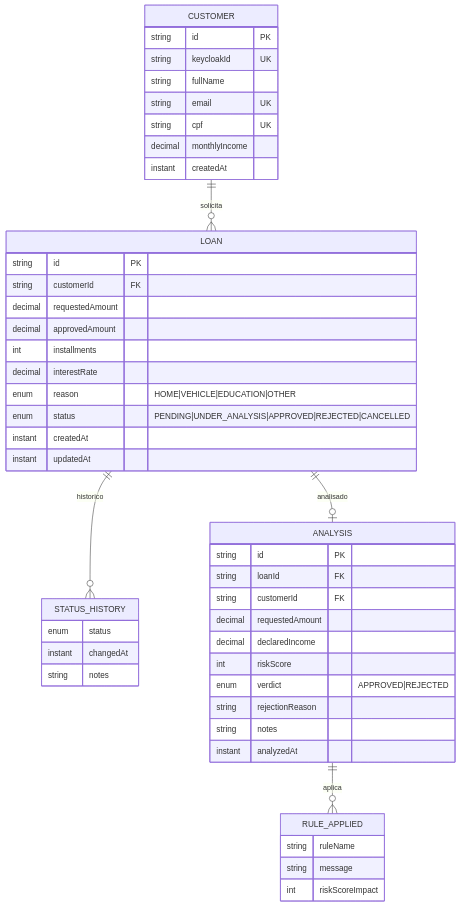
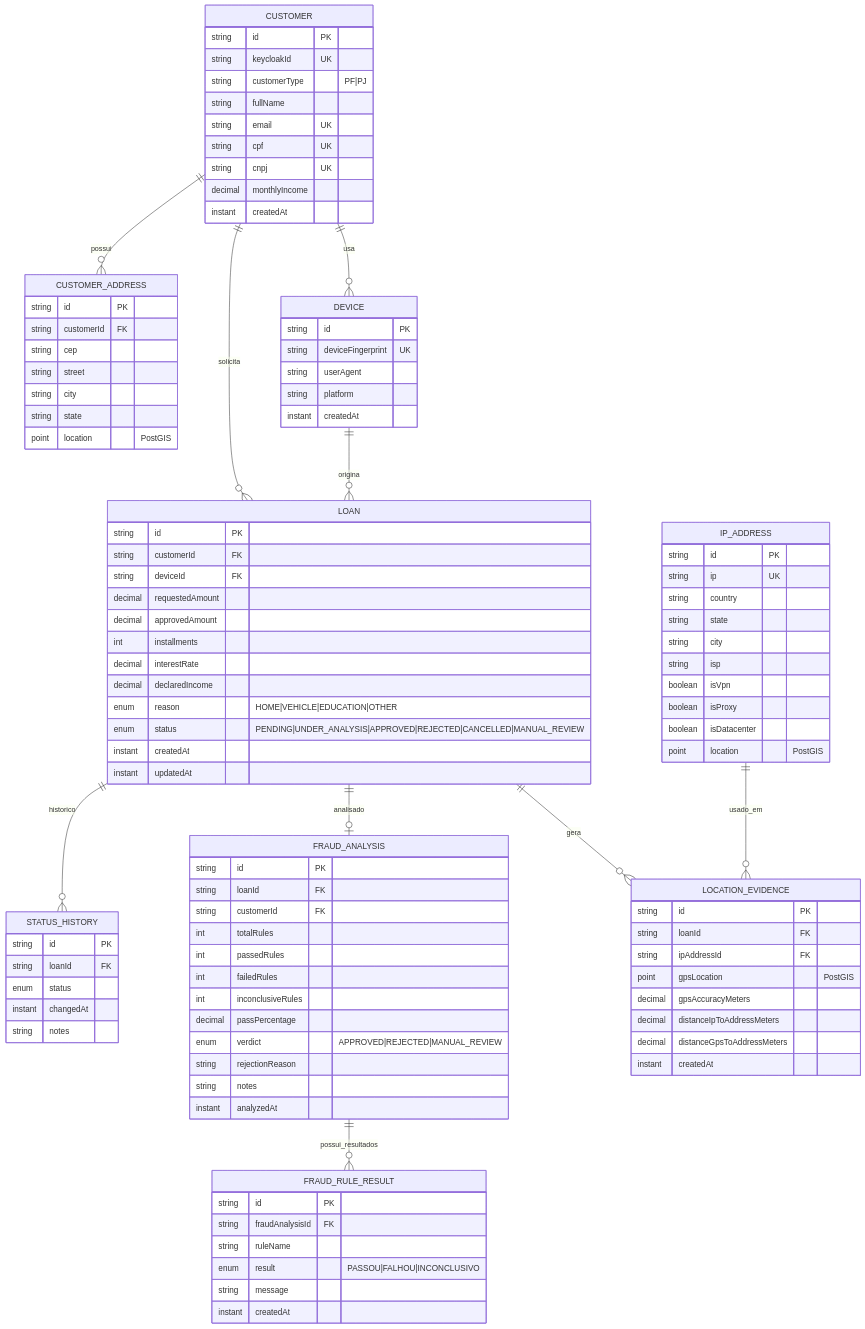
The diagram in README.md (marcelopinotti/petrifica), drawn with Mermaid before and after one commit. The commit also changed other lines of this file and 62 other files, not shown here.

````diff
--- a/README.md
+++ b/README.md
@@ -52,55 +52,116 @@
 ```mermaid
 erDiagram
+    CUSTOMER ||--o{ CUSTOMER_ADDRESS : "possui"
     CUSTOMER ||--o{ LOAN : "solicita"
+    CUSTOMER ||--o{ DEVICE : "usa"
+
+    DEVICE ||--o{ LOAN : "origina"
     LOAN ||--o{ STATUS_HISTORY : "historico"
-    LOAN ||--o| ANALYSIS : "analisado"
-    ANALYSIS ||--o{ RULE_APPLIED : "aplica"
+    LOAN ||--o| FRAUD_ANALYSIS : "analisado"
+    LOAN ||--o{ LOCATION_EVIDENCE : "gera"
+
+    IP_ADDRESS ||--o{ LOCATION_EVIDENCE : "usado_em"
+
+    FRAUD_ANALYSIS ||--o{ FRAUD_RULE_RESULT : "possui_resultados"
 
     CUSTOMER {
         string id PK
         string keycloakId UK
+        string customerType "PF|PJ"
         string fullName
         string email UK
         string cpf UK
+        string cnpj UK
         decimal monthlyIncome
         instant createdAt
+    }
+
+    CUSTOMER_ADDRESS {
+        string id PK
+        string customerId FK
+        string cep
+        string street
+        string city
+        string state
+        point location "PostGIS"
+    }
+
+    DEVICE {
+        string id PK
+        string deviceFingerprint UK
+        string userAgent
+        string platform
+        instant createdAt
+    }
+
+    IP_ADDRESS {
+        string id PK
+        string ip UK
+        string country
+        string state
+        string city
+        string isp
+        boolean isVpn
+        boolean isProxy
+        boolean isDatacenter
+        point location "PostGIS"
     }
 
     LOAN {
         string id PK
         string customerId FK
+        string deviceId FK
         decimal requestedAmount
         decimal approvedAmount
         int installments
         decimal interestRate
+        decimal declaredIncome
         enum reason "HOME|VEHICLE|EDUCATION|OTHER"
-        enum status "PENDING|UNDER_ANALYSIS|APPROVED|REJECTED|CANCELLED"
+        enum status "PENDING|UNDER_ANALYSIS|APPROVED|REJECTED|CANCELLED|MANUAL_REVIEW"
         instant createdAt
         instant updatedAt
     }
 
     STATUS_HISTORY {
+        string id PK
+        string loanId FK
         enum status
         instant changedAt
         string notes
     }
 
-    ANALYSIS {
+    FRAUD_ANALYSIS {
         string id PK
         string loanId FK
         string customerId FK
-        decimal requestedAmount
-        decimal declaredIncome
-        int riskScore
-        enum verdict "APPROVED|REJECTED"
+        int totalRules
+        int passedRules
+        int failedRules
+        int inconclusiveRules
+        decimal passPercentage
+        enum verdict "APPROVED|REJECTED|MANUAL_REVIEW"
         string rejectionReason
         string notes
         instant analyzedAt
     }
 
-    RULE_APPLIED {
+    FRAUD_RULE_RESULT {
+        string id PK
+        string fraudAnalysisId FK
         string ruleName
+        enum result "PASSOU|FALHOU|INCONCLUSIVO"
         string message
-        int riskScoreImpact
+        instant createdAt
+    }
+
+    LOCATION_EVIDENCE {
+        string id PK
+        string loanId FK
+        string ipAddressId FK
+        point gpsLocation "PostGIS"
+        decimal gpsAccuracyMeters
+        decimal distanceIpToAddressMeters
+        decimal distanceGpsToAddressMeters
+        instant createdAt
     }
 ```
````
